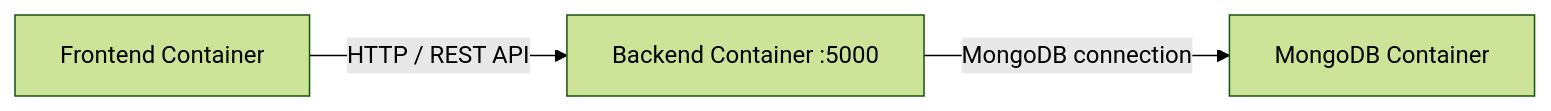
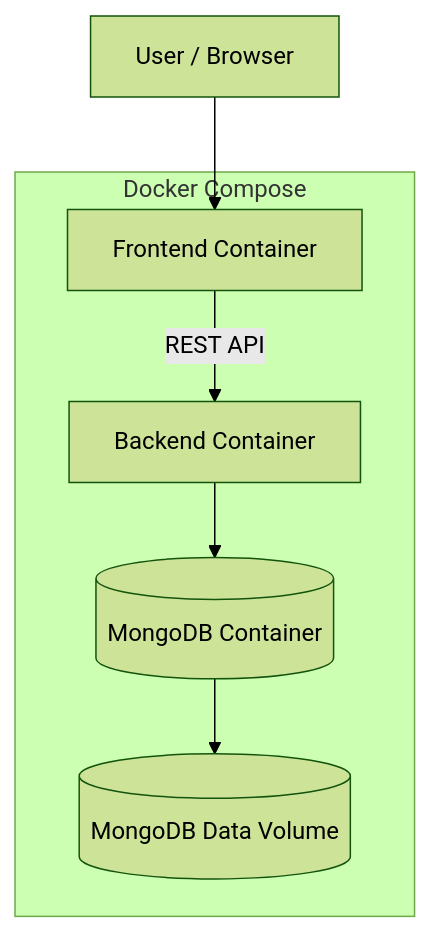
The second of 4 diagrams in README.md (onkarghugare08/trendify-ecommerce), drawn with Mermaid (forest theme) before and after one commit. The commit also changed other lines of this file, not shown here.

````diff
--- a/README.md
+++ b/README.md
@@ -426,9 +85,14 @@
 ```mermaid
-flowchart LR
-    FE["Frontend Container"]
-    BE["Backend Container :5000"]
-    DB["MongoDB Container"]
-
-    FE -->|HTTP / REST API| BE
-    BE -->|MongoDB connection| DB
+flowchart TB
+    U[User / Browser]
+    subgraph DC[Docker Compose]
+        FE[Frontend Container]
+        BE[Backend Container]
+        DB[(MongoDB Container)]
+        VOL[(MongoDB Data Volume)]
+    end
+    U --> FE
+    FE -->|REST API| BE
+    BE --> DB
+    DB --> VOL
 ```
````
